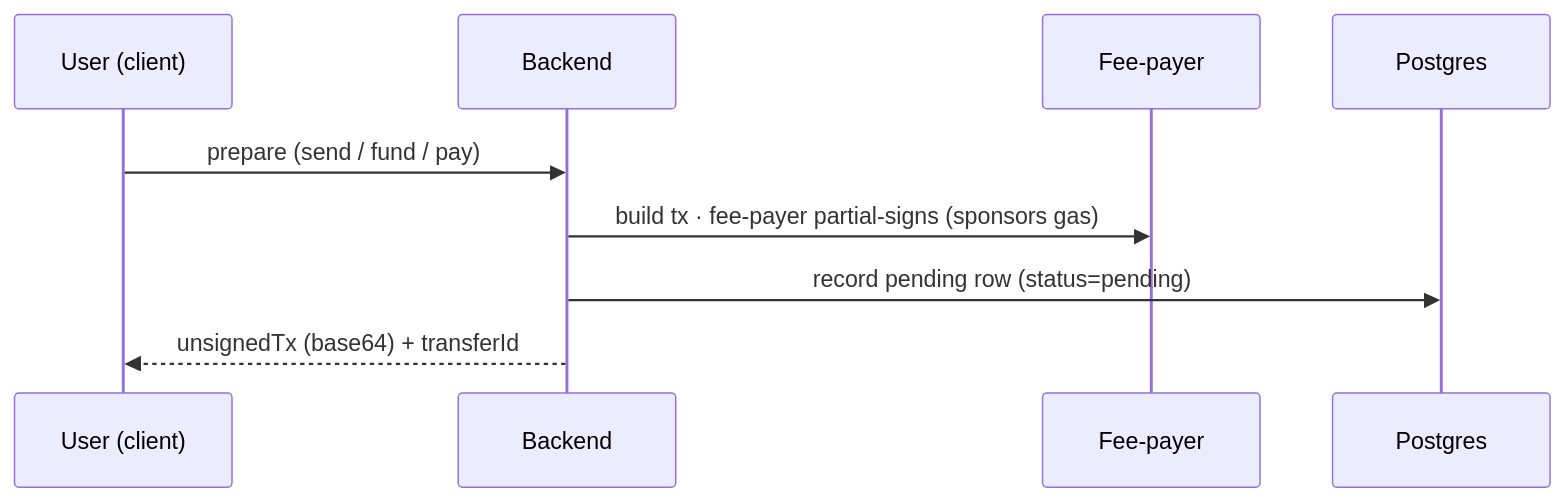
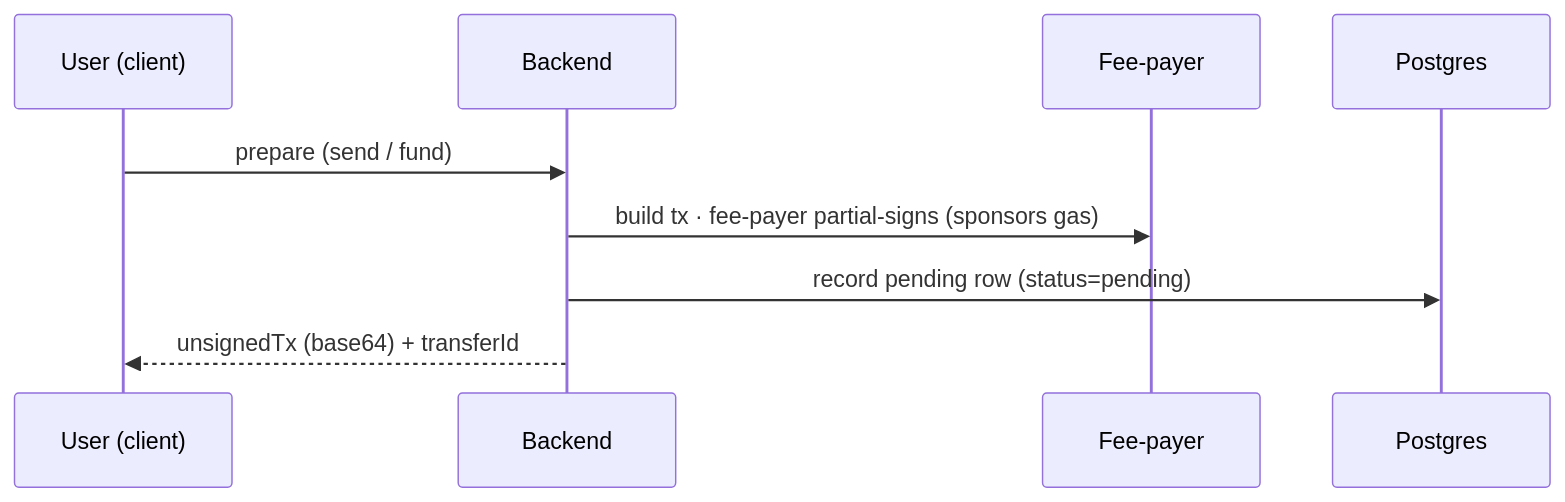
One commit to unabrijed/frenspay changed the second of 4 diagrams in monorepo/docs/01-architecture.md. Above: the diagram before and after it, drawn with Mermaid. The commit also changed other lines of this file and 10 other files, not shown here.

````diff
--- a/monorepo/docs/01-architecture.md
+++ b/monorepo/docs/01-architecture.md
@@ -53,11 +145,11 @@
 ```mermaid
 sequenceDiagram
     participant U as User (client)
     participant API as Backend
     participant FP as Fee-payer
     participant DB as Postgres
-    U->>API: prepare (send / fund / pay)
+    U->>API: prepare (send / fund)
     API->>FP: build tx · fee-payer partial-signs (sponsors gas)
     API->>DB: record pending row (status=pending)
     API-->>U: unsignedTx (base64) + transferId
 ```
````
